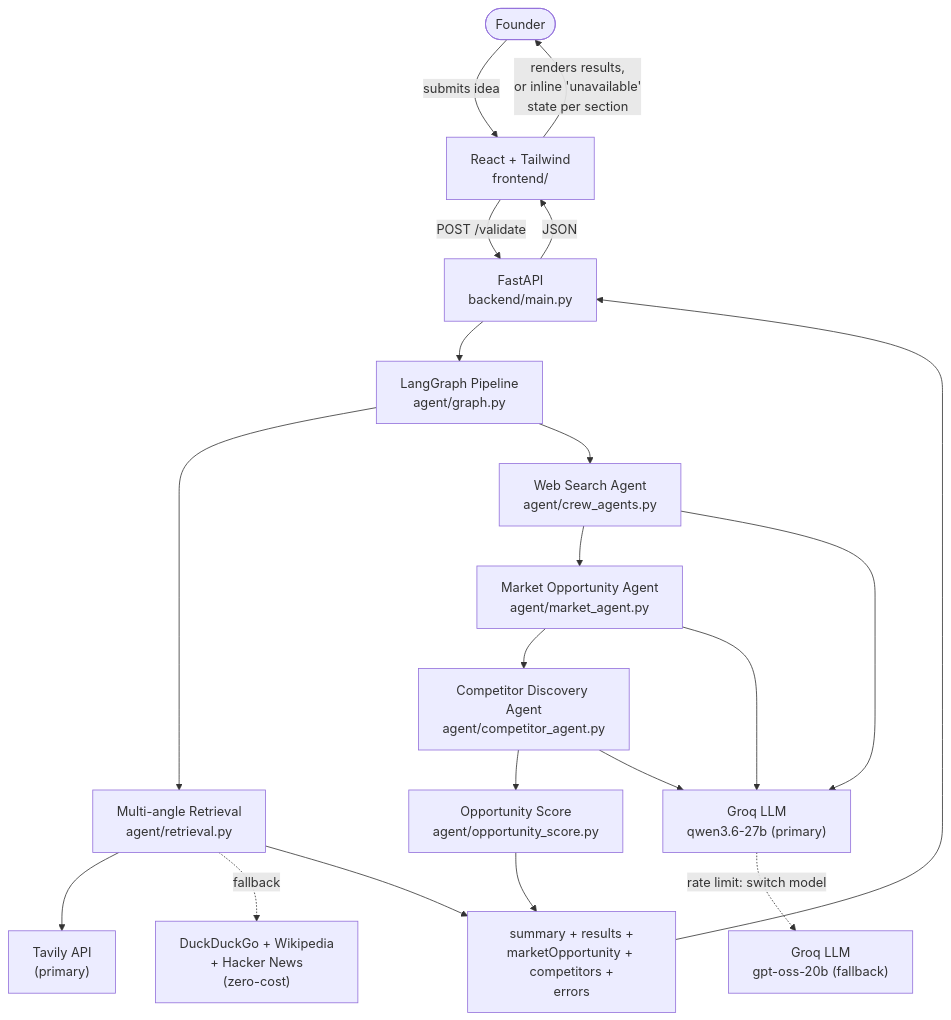
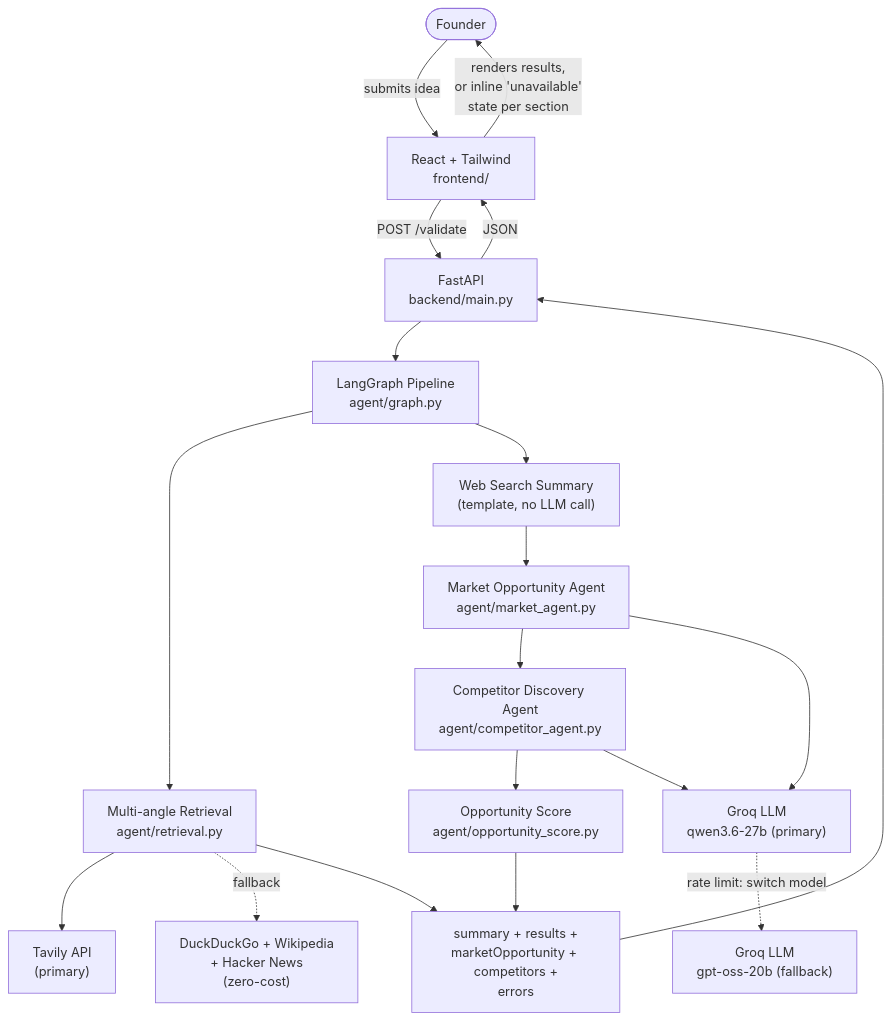
The first of 2 diagrams in docs/architecture.md (Yasaswini-ch/Development-of-AI-Based-Startup-Idea-Validator-with-Market-Analysis-Assistance), drawn with Mermaid before and after one commit. The commit also changed other lines of this file and 5 other files, not shown here.

````diff
--- a/docs/architecture.md
+++ b/docs/architecture.md
@@ -25,25 +26,24 @@
 ```mermaid
 flowchart TD
     User(["Founder"]) -->|submits idea| Frontend["React + Tailwind\nfrontend/"]
     Frontend -->|POST /validate| Backend["FastAPI\nbackend/main.py"]
     Backend --> Pipeline["LangGraph Pipeline\nagent/graph.py"]
 
     Pipeline --> Retrieval["Multi-angle Retrieval\nagent/retrieval.py"]
     Retrieval --> Tavily["Tavily API\n(primary)"]
     Retrieval -.fallback.-> Free["DuckDuckGo + Wikipedia\n+ Hacker News\n(zero-cost)"]
 
-    Pipeline --> WS["Web Search Agent\nagent/crew_agents.py"]
+    Pipeline --> WS["Web Search Summary\n(template, no LLM call)"]
     WS --> MO["Market Opportunity Agent\nagent/market_agent.py"]
     MO --> CD["Competitor Discovery Agent\nagent/competitor_agent.py"]
     CD --> OS["Opportunity Score\nagent/opportunity_score.py"]
-    WS --> LLM["Groq LLM\nqwen3.6-27b (primary)"]
-    MO --> LLM
+    MO --> LLM["Groq LLM\nqwen3.6-27b (primary)"]
     CD --> LLM
     LLM -.rate limit: switch model.-> LLM2["Groq LLM\ngpt-oss-20b (fallback)"]
 
     Retrieval --> Response["summary + results +\nmarketOpportunity + competitors +\nerrors"]
     OS --> Response
     Response --> Backend
     Backend -->|JSON| Frontend
     Frontend -->|renders results,\nor inline 'unavailable'\nstate per section| User
 ```
````
